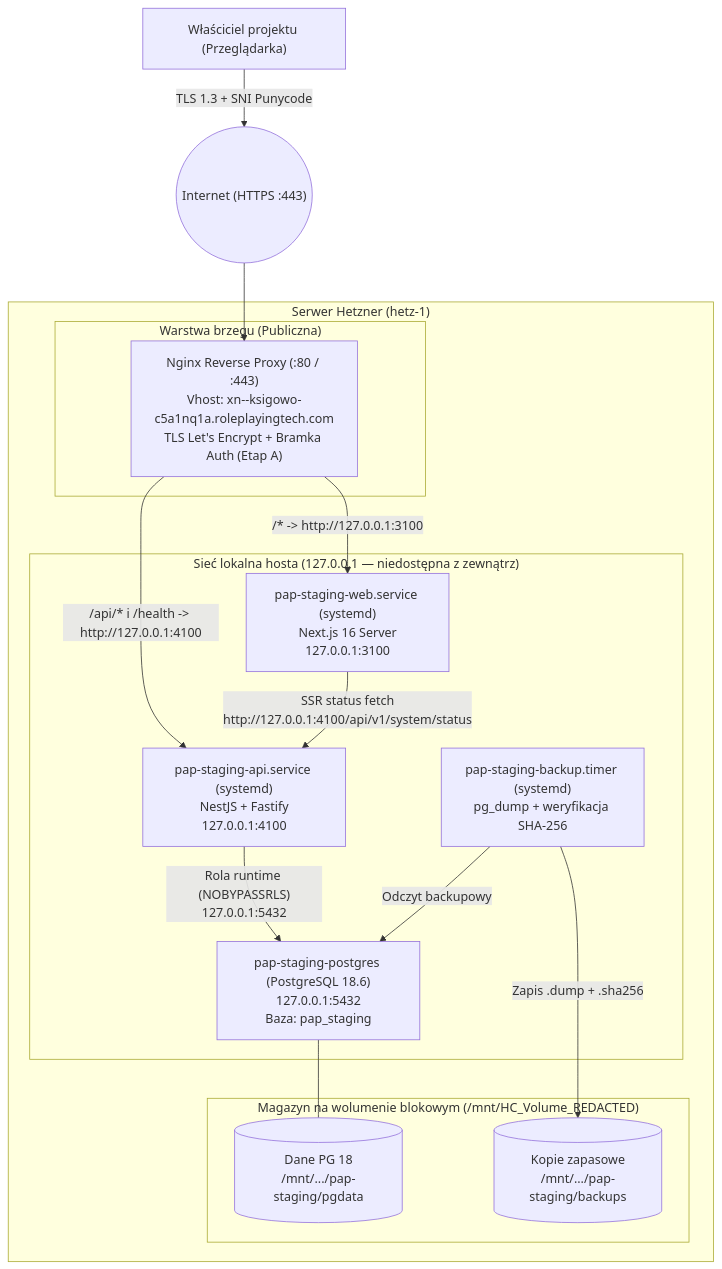
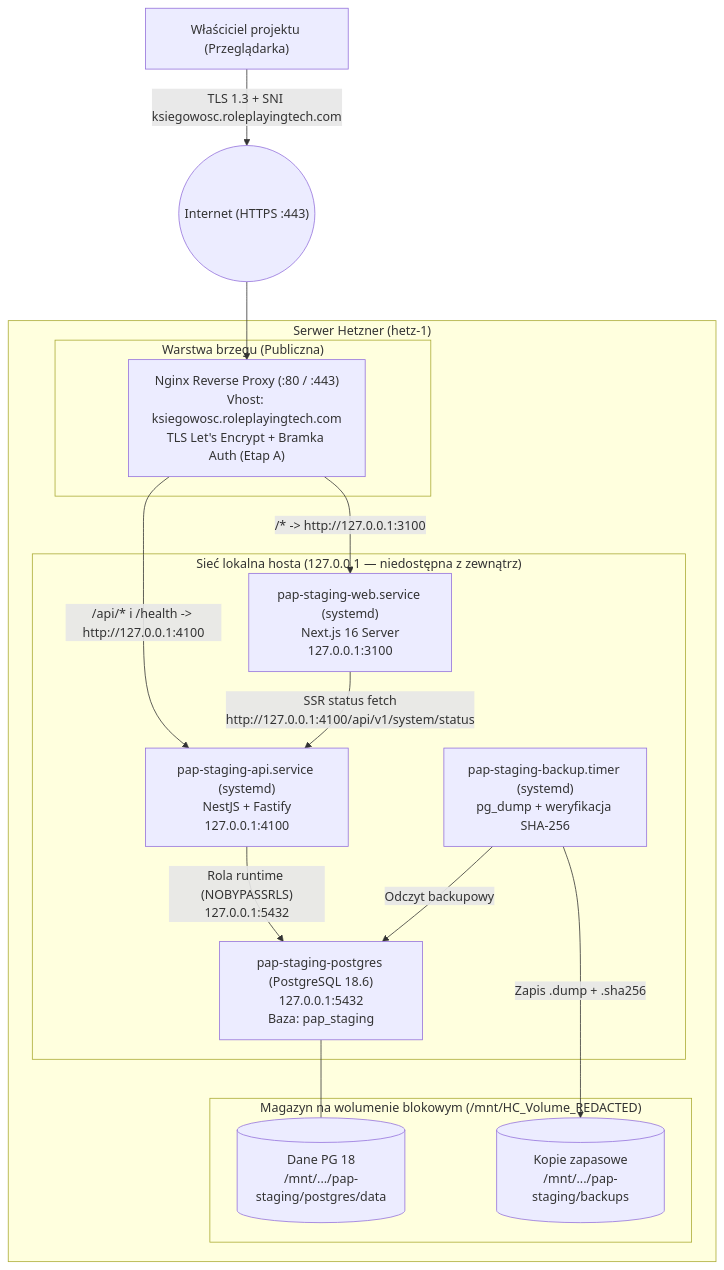
One commit to RolePlayingTech/polish-accounting-platform changed the diagram in docs/HETZNER_STAGING_ARCHITECTURE.md. Above: the diagram before and after it, drawn with Mermaid. The commit also changed other lines of this file and 6 other files, not shown here.

````diff
--- a/docs/HETZNER_STAGING_ARCHITECTURE.md
+++ b/docs/HETZNER_STAGING_ARCHITECTURE.md
@@ -51,33 +41,33 @@
 ```mermaid
 flowchart TD
     User["Właściciel projektu (Przeglądarka)"]
     Internet(("Internet (HTTPS :443)"))
 
     subgraph Hetzner["Serwer Hetzner (hetz-1)"]
         subgraph PublicEdge["Warstwa brzegu (Publiczna)"]
-            Nginx["Nginx Reverse Proxy (:80 / :443)<br/>Vhost: xn--ksigowo-c5a1nq1a.roleplayingtech.com<br/>TLS Let's Encrypt + Bramka Auth (Etap A)"]
+            Nginx["Nginx Reverse Proxy (:80 / :443)<br/>Vhost: ksiegowosc.roleplayingtech.com<br/>TLS Let's Encrypt + Bramka Auth (Etap A)"]
         end
 
         subgraph Loopback["Sieć lokalna hosta (127.0.0.1 — niedostępna z zewnątrz)"]
             Web["pap-staging-web.service (systemd)<br/>Next.js 16 Server<br/>127.0.0.1:3100"]
             Api["pap-staging-api.service (systemd)<br/>NestJS + Fastify<br/>127.0.0.1:4100"]
             Pg["pap-staging-postgres (PostgreSQL 18.6)<br/>127.0.0.1:5432<br/>Baza: pap_staging"]
             Backup["pap-staging-backup.timer (systemd)<br/>pg_dump + weryfikacja SHA-256"]
         end
 
         subgraph Storage["Magazyn na wolumenie blokowym (/mnt/HC_Volume_REDACTED)"]
-            PgData[("Dane PG 18<br/>/mnt/.../pap-staging/pgdata")]
+            PgData[("Dane PG 18<br/>/mnt/.../pap-staging/postgres/data")]
             Backups[("Kopie zapasowe<br/>/mnt/.../pap-staging/backups")]
         end
     end
 
-    User -->|"TLS 1.3 + SNI Punycode"| Internet
+    User -->|"TLS 1.3 + SNI ksiegowosc.roleplayingtech.com"| Internet
     Internet --> Nginx
     Nginx -->|"/* -> http://127.0.0.1:3100"| Web
     Nginx -->|"/api/* i /health -> http://127.0.0.1:4100"| Api
     Web -->|"SSR status fetch<br/>http://127.0.0.1:4100/api/v1/system/status"| Api
     Api -->|"Rola runtime (NOBYPASSRLS)<br/>127.0.0.1:5432"| Pg
     Pg --- PgData
     Backup -->|"Odczyt backupowy"| Pg
     Backup -->|"Zapis .dump + .sha256"| Backups
 ```
````
